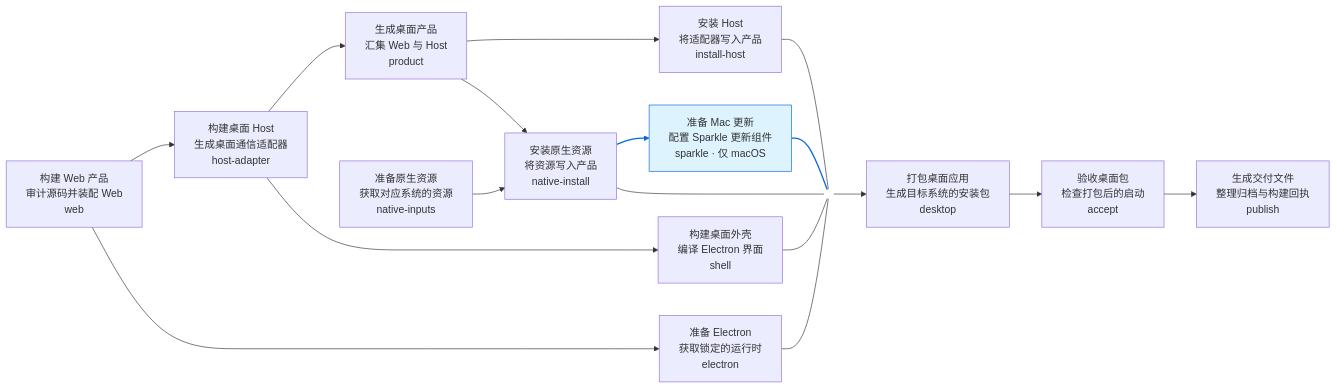
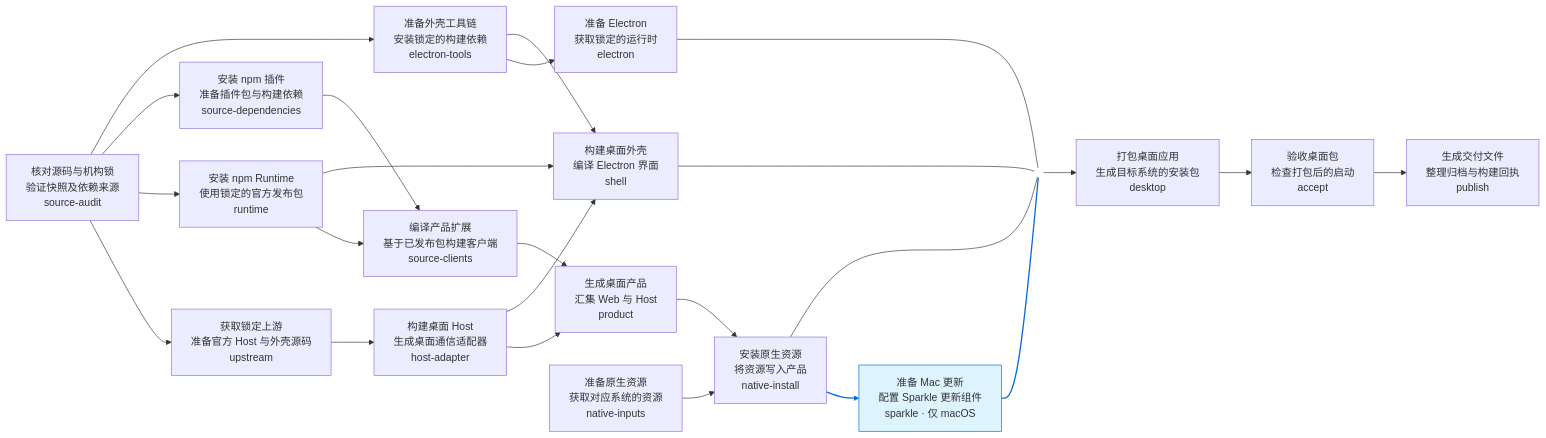
One commit to ECNU/EduWork changed the diagram in docs/assets/build-pipeline.mmd. Above: the diagram before and after it, drawn with Mermaid. The commit also changed 25 other files, not shown here.

```diff
--- a/docs/assets/build-pipeline.mmd
+++ b/docs/assets/build-pipeline.mmd
@@ -1,37 +1,48 @@
 %% Generated by scripts/build-pipeline-diagram.mjs — do not edit by hand.
 %%{init: {"flowchart": {"curve": "basis"}}}%%
 flowchart LR
-  web["构建 Web 产品<br/>审计源码并装配 Web<br/>web"]
+  source_audit["核对源码与机构锁<br/>验证快照及依赖来源<br/>source-audit"]
+  upstream["获取锁定上游<br/>准备官方 Host 与外壳源码<br/>upstream"]
+  runtime["安装 npm Runtime<br/>使用锁定的官方发布包<br/>runtime"]
+  source_dependencies["安装 npm 插件<br/>准备插件包与构建依赖<br/>source-dependencies"]
   host_adapter["构建桌面 Host<br/>生成桌面通信适配器<br/>host-adapter"]
+  source_clients["编译产品扩展<br/>基于已发布包构建客户端<br/>source-clients"]
   product["生成桌面产品<br/>汇集 Web 与 Host<br/>product"]
+  electron_tools["准备外壳工具链<br/>安装锁定的构建依赖<br/>electron-tools"]
   electron["准备 Electron<br/>获取锁定的运行时<br/>electron"]
   shell["构建桌面外壳<br/>编译 Electron 界面<br/>shell"]
-  install_host["安装 Host<br/>将适配器写入产品<br/>install-host"]
   native_inputs["准备原生资源<br/>获取对应系统的资源<br/>native-inputs"]
   native_install["安装原生资源<br/>将资源写入产品<br/>native-install"]
   sparkle["准备 Mac 更新<br/>配置 Sparkle 更新组件<br/>sparkle · 仅 macOS"]
   desktop["打包桌面应用<br/>生成目标系统的安装包<br/>desktop"]
   accept["验收桌面包<br/>检查打包后的启动<br/>accept"]
   publish["生成交付文件<br/>整理归档与构建回执<br/>publish"]
   join(( ))
-  web --> host_adapter
+  source_audit --> upstream
+  source_audit --> runtime
+  source_audit --> source_dependencies
+  upstream --> host_adapter
+  runtime --> source_clients
+  source_dependencies --> source_clients
+  source_clients --> product
   host_adapter --> product
-  web --> electron
+  source_audit --> electron_tools
+  electron_tools --> electron
+  runtime --> shell
   host_adapter --> shell
-  product --> install_host
+  electron_tools --> shell
   product --> native_install
   native_inputs --> native_install
   native_install --> sparkle
-  linkStyle 7 stroke:#0969da,stroke-width:2px
+  linkStyle 15 stroke:#0969da,stroke-width:2px
   shell --- join
   electron --- join
-  install_host --- join
   sparkle --- join
-  linkStyle 11 stroke:#0969da,stroke-width:2px
+  linkStyle 18 stroke:#0969da,stroke-width:2px
   desktop --> accept
   accept --> publish
   native_install --- join
   join --> desktop
   style join fill:transparent,stroke:transparent,color:transparent
   classDef macOnly fill:#ddf4ff,stroke:#0969da
   class sparkle macOnly
```
